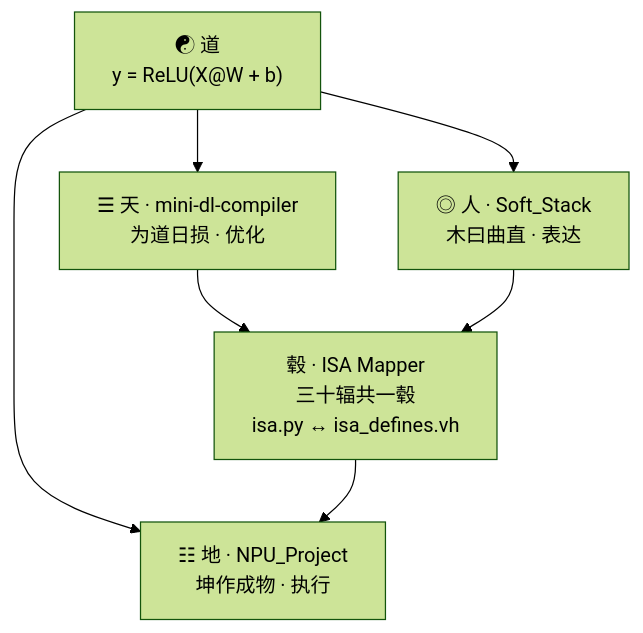
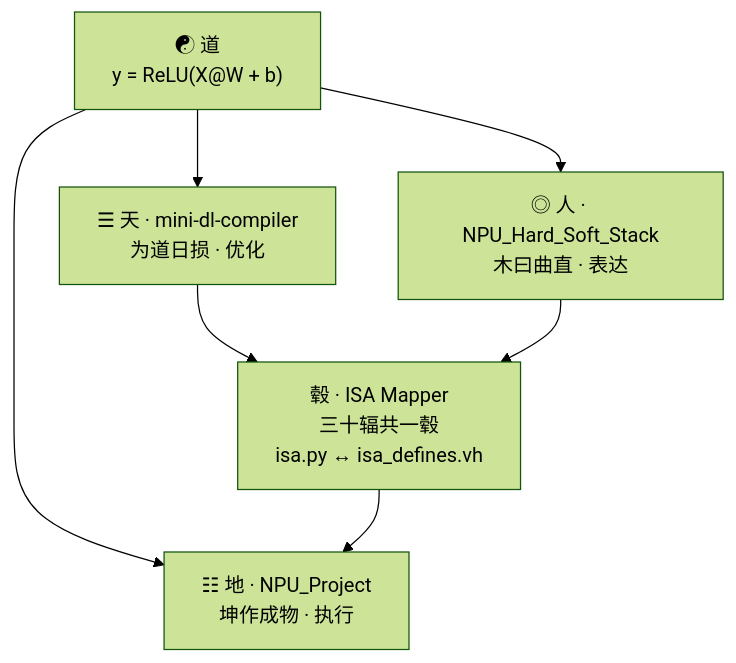
The diagram in README.md (baoshuyun/dl-compiler-dao), drawn with Mermaid (forest theme) before and after one commit. The commit also changed other lines of this file, not shown here.

````diff
--- a/README.md
+++ b/README.md
@@ -26,10 +40,10 @@
 ```mermaid
 graph TD
     算式["☯ 道<br/>y = ReLU(X@W + b)"]
     算式 --> 天["☰ 天 · mini-dl-compiler<br/>为道日损 · 优化"]
-    算式 --> 人["◎ 人 · Soft_Stack<br/>木曰曲直 · 表达"]
+    算式 --> 人["◎ 人 · NPU_Hard_Soft_Stack<br/>木曰曲直 · 表达"]
     算式 --> 地["☷ 地 · NPU_Project<br/>坤作成物 · 执行"]
     天 --> 毂["毂 · ISA Mapper<br/>三十辐共一毂<br/>isa.py ↔ isa_defines.vh"]
     人 --> 毂
     毂 --> 地
 ```
````
